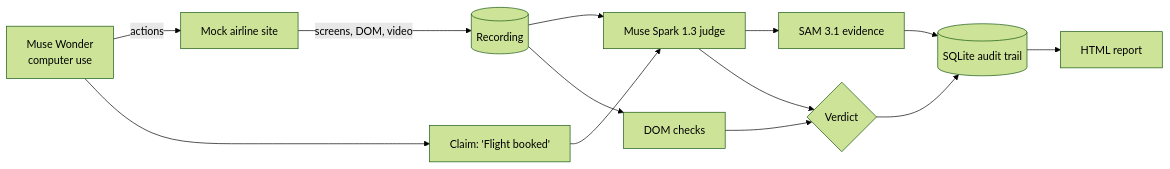
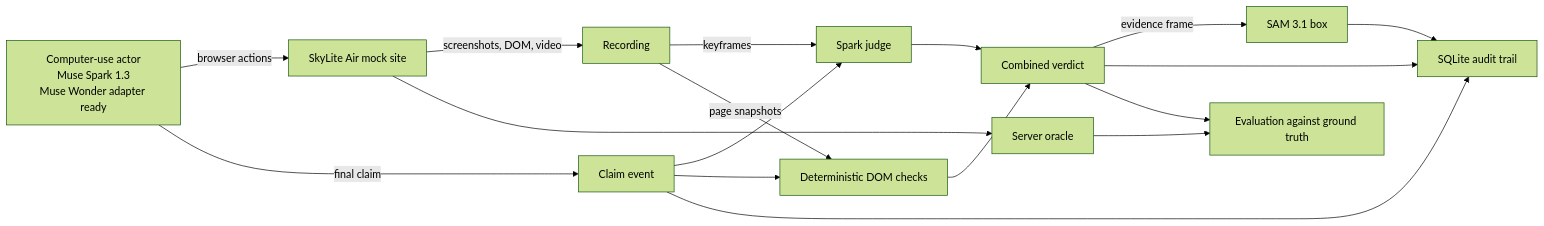
One commit to ozgureyilmaz/donecheck-receipts changed the diagram in README.md. Above: the diagram before and after it, drawn with Mermaid (forest theme). The commit also changed other lines of this file and 15 other files, not shown here.

````diff
--- a/README.md
+++ b/README.md
@@ -71,15 +36,19 @@
 ```mermaid
 flowchart LR
-    A[Muse Wonder<br/>computer use] -->|actions| M[Mock airline site]
-    M -->|screens, DOM, video| R[(Recording)]
-    A --> C[Claim: 'Flight booked']
-    R --> J[Muse Spark 1.3 judge]
-    C --> J
-    R --> D[DOM checks]
-    J --> S[SAM 3.1 evidence]
-    J --> V{Verdict}
+    A["Computer-use actor<br/>Muse Spark 1.3<br/>Muse Wonder adapter ready"] -->|browser actions| M["SkyLite Air mock site"]
+    A -->|final claim| C["Claim event"]
+    M -->|screenshots, DOM, video| R["Recording"]
+    C --> S["Spark judge"]
+    C --> D["Deterministic DOM checks"]
+    R -->|keyframes| S
+    R -->|page snapshots| D
+    S --> V["Combined verdict"]
     D --> V
-    V --> L[(SQLite audit trail)]
-    S --> L
-    L --> H[HTML report]
+    V -->|evidence frame| E["SAM 3.1 box"]
+    V --> L["SQLite audit trail"]
+    E --> L
+    C --> L
+    M --> O["Server oracle"]
+    O --> G["Evaluation against ground truth"]
+    V --> G
 ```
````
